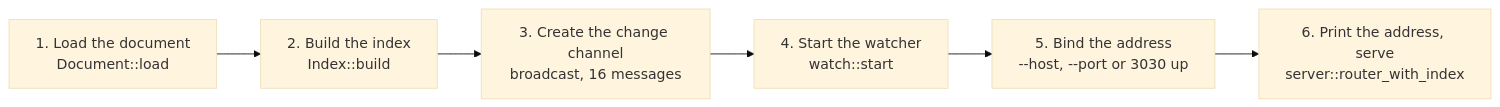
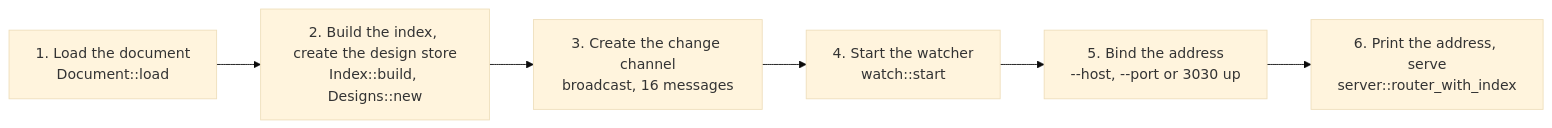
Before and after one commit to andrei512/devpage: the second of 2 diagrams in docs/boxes/engineering/developing-devpage/README.md, drawn with Mermaid (base theme). The commit also changed other lines of this file and 3 other files, not shown here.

````diff
--- a/docs/boxes/engineering/developing-devpage/README.md
+++ b/docs/boxes/engineering/developing-devpage/README.md
@@ -147,14 +199,14 @@
 ```mermaid
 flowchart LR
-  load["1. Load the document<br/>Document::load"] --> index["2. Build the index<br/>Index::build"]
+  load["1. Load the document<br/>Document::load"] --> index["2. Build the index, create the design store<br/>Index::build, Designs::new"]
   index --> channel["3. Create the change channel<br/>broadcast, 16 messages"]
   channel --> watcher["4. Start the watcher<br/>watch::start"]
   watcher --> bind["5. Bind the address<br/>--host, --port or 3030 up"]
   bind --> serve["6. Print the address, serve<br/>server::router_with_index"]
   click load href "../../viewer/configuration-reference/README.md#document-files" "Document files"
   click index href "../../viewer/serving-pages/README.md#which-document-a-file-belongs-to" "The index"
   click channel href "../../viewer/live-updates/README.md#the-channel-and-the-stream" "The channel and the stream"
   click watcher href "../../viewer/live-updates/README.md#the-watcher" "The watcher"
   click bind href "../../viewer/serving-pages/README.md#the-address" "The address"
   click serve href "../../viewer/serving-pages/README.md#routes" "Routes"
 ```
````
